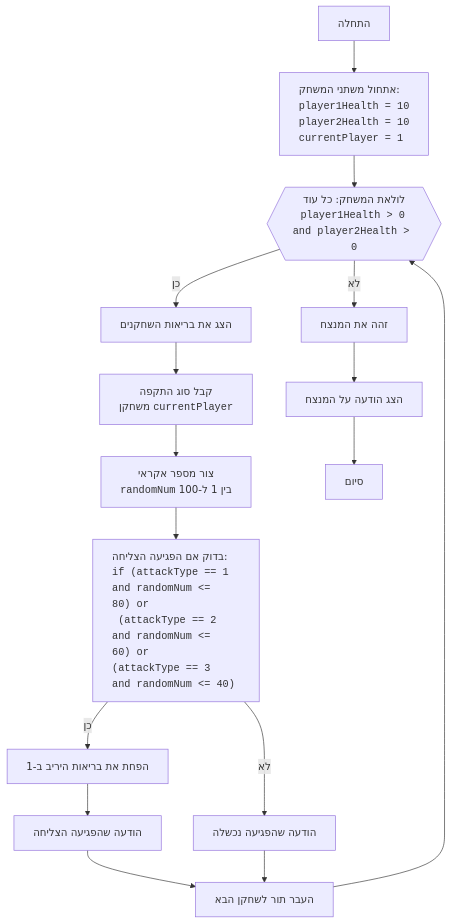
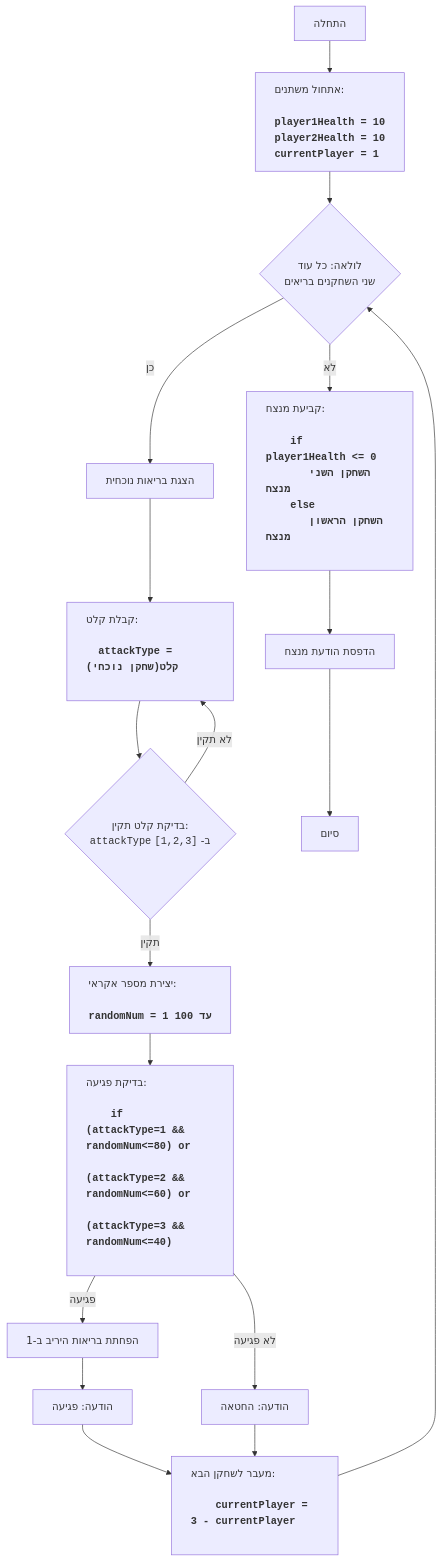
One commit to hypo69/hypo changed the diagram in docs/gemini/he/explainer/src/endpoints/ai_games/101_basic_computer_games/ru/GAMES/BOXING/boxing.py.md. Above: the diagram before and after it, drawn with Mermaid. The commit also changed other lines of this file and 885 other files, not shown here.

````diff
--- a/docs/gemini/he/explainer/src/endpoints/ai_games/101_basic_computer_games/ru/GAMES/BOXING/boxing.py.md
+++ b/docs/gemini/he/explainer/src/endpoints/ai_games/101_basic_computer_games/ru/GAMES/BOXING/boxing.py.md
@@ -83,18 +33,20 @@
 ```mermaid
 flowchart TD
-    Start["התחלה"] --> InitializeHealth["<p align='left'>אתחול משתני המשחק:<br><code>player1Health = 10<br>player2Health = 10<br>currentPlayer = 1</code></p>"];
-    InitializeHealth --> GameLoopStart{{"לולאת המשחק: כל עוד<br> <code>player1Health > 0 and player2Health > 0</code>"}};
-    GameLoopStart -- כן --> DisplayHealth["הצג את בריאות השחקנים"];
-    DisplayHealth --> GetAttackType["קבל סוג התקפה<br>משחקן <code>currentPlayer</code>"];
-    GetAttackType --> GenerateRandomNumber["צור מספר אקראי<br><code>randomNum</code> בין 1 ל-100"];
-    GenerateRandomNumber --> CheckHit["<p align='left'>בדוק אם הפגיעה הצליחה:<br><code>if (attackType == 1 and randomNum <= 80) or<br> (attackType == 2 and randomNum <= 60) or<br>(attackType == 3 and randomNum <= 40)</code></p>"];
-    CheckHit -- כן --> ReduceOpponentHealth["הפחת את בריאות היריב ב-1"];
-    ReduceOpponentHealth --> OutputHit["הודעה שהפגיעה הצליחה"];
-    OutputHit --> SwitchPlayer["העבר תור לשחקן הבא"];
-    SwitchPlayer --> GameLoopStart;
-    CheckHit -- לא --> OutputMiss["הודעה שהפגיעה נכשלה"];
-    OutputMiss --> SwitchPlayer;
-    GameLoopStart -- לא --> DetermineWinner["זהה את המנצח"];
-    DetermineWinner --> OutputWinner["הצג הודעה על המנצח"];
-    OutputWinner --> End["סיום"];
+    Start["התחלה"] --> InitializeHealth["<p align='left'>אתחול משתנים:\n    <code><b>\n    player1Health = 10\n    player2Health = 10\n    currentPlayer = 1\n    </b></code></p>"]
+    InitializeHealth --> GameLoopStart{"לולאה: כל עוד <br> שני השחקנים בריאים"}
+    GameLoopStart -- כן --> DisplayHealth["הצגת בריאות נוכחית"]
+    DisplayHealth --> InputAttackType["<p align='left'>קבלת קלט:\n    <code><b>\n  attackType = קלט(שחקן נוכחי)\n    </b></code></p>"]
+    InputAttackType --> ValidateAttackType{"בדיקת קלט תקין: <br> <code>attackType</code> ב- <code>[1,2,3]</code>"}
+    ValidateAttackType -- לא תקין --> InputAttackType
+    ValidateAttackType -- תקין --> GenerateRandomNumber["<p align='left'>יצירת מספר אקראי:\n    <code><b>\n    randomNum = 1 עד 100\n    </b></code></p>"]
+    GenerateRandomNumber --> CheckHit["<p align='left'>בדיקת פגיעה:\n    <code><b>\n    if (attackType=1 && randomNum<=80) or\n       (attackType=2 && randomNum<=60) or\n       (attackType=3 && randomNum<=40)\n    </b></code></p>"]
+    CheckHit -- פגיעה --> ReduceOpponentHealth["הפחתת בריאות היריב ב-1"]
+    ReduceOpponentHealth --> OutputHit["הודעה: פגיעה"]
+    OutputHit --> SwitchPlayer["<p align='left'>מעבר לשחקן הבא:\n    <code><b>\n    currentPlayer = 3 - currentPlayer\n    </b></code></p>"]
+    SwitchPlayer --> GameLoopStart
+    CheckHit -- לא פגיעה --> OutputMiss["הודעה: החטאה"]
+    OutputMiss --> SwitchPlayer
+     GameLoopStart -- לא --> DetermineWinner["<p align='left'>קביעת מנצח:\n    <code><b>\n    if player1Health <= 0\n      השחקן השני מנצח\n    else\n      השחקן הראשון מנצח\n    </b></code></p>"]
+    DetermineWinner --> OutputWinner["הדפסת הודעת מנצח"]
+    OutputWinner --> End["סיום"]
 ```
````
